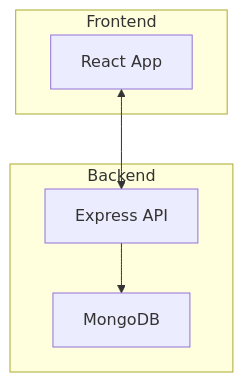
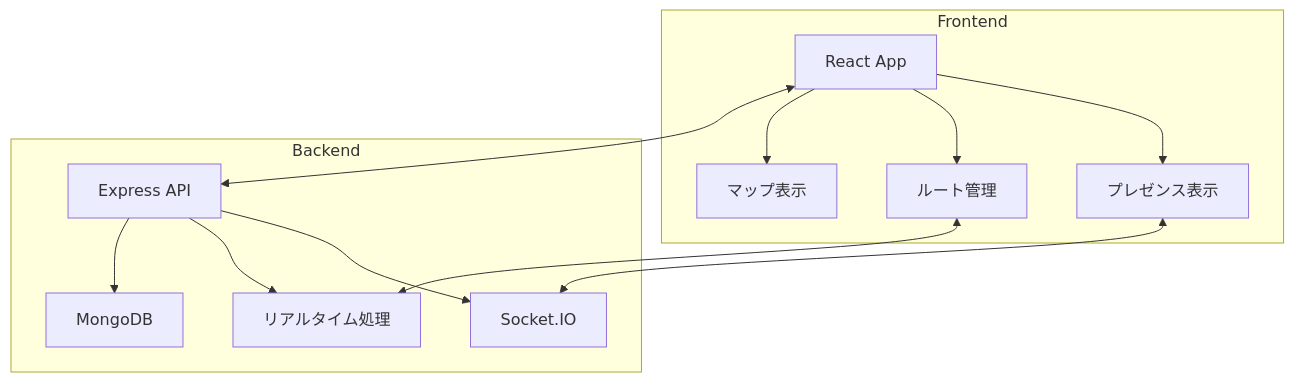
Before and after one commit to Rih0z/PintHop: the diagram in Document/jp/architecture.md, drawn with Mermaid. The commit also changed other lines of this file and 83 other files, not shown here.

````diff
--- a/Document/jp/architecture.md
+++ b/Document/jp/architecture.md
@@ -18,12 +22,24 @@
 ```mermaid
 flowchart TD
     subgraph Frontend
         A[React App]
+        A1[プレゼンス表示]
+        A2[ルート管理]
+        A3[マップ表示]
+        A --> A1
+        A --> A2
+        A --> A3
     end
     subgraph Backend
         B[Express API]
+        B1[Socket.IO]
         C[MongoDB]
+        D[リアルタイム処理]
+        B --> B1
+        B --> D
+        B --> C
     end
     A <--> B
-    B --> C
+    A1 <--> B1
+    A2 <--> D
 ```
````
